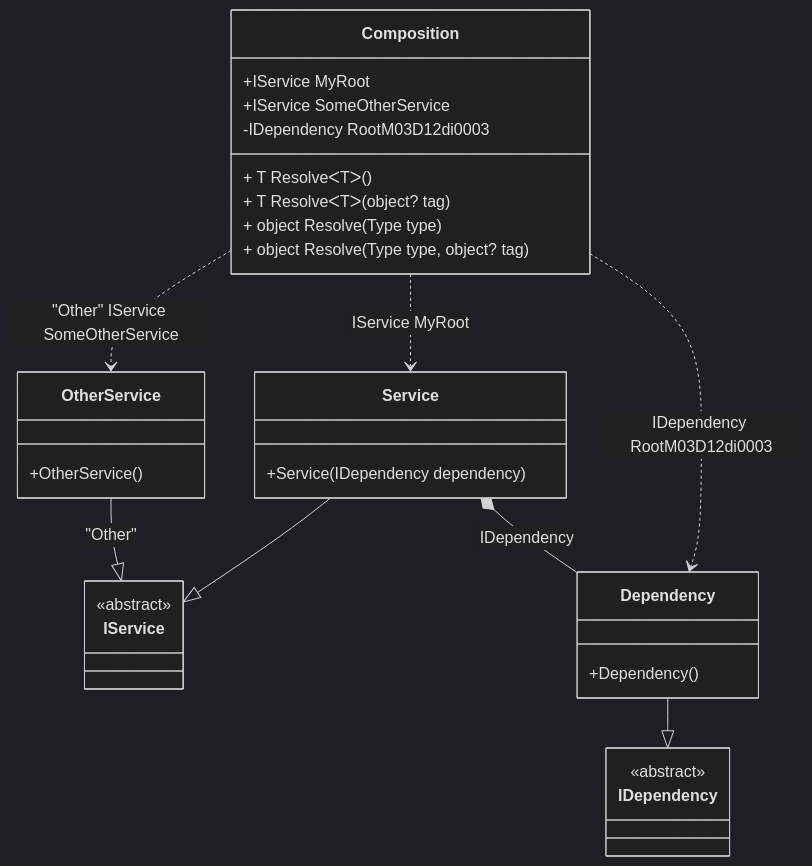
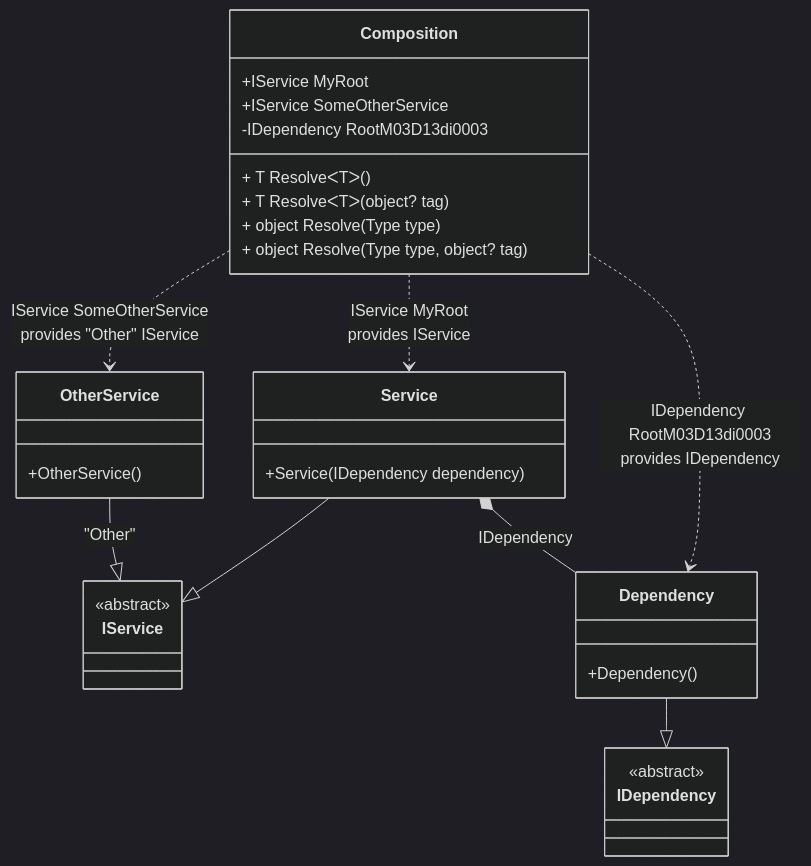
Before and after one commit to DevTeam/Pure.DI: the diagram in readme/composition-roots.md, drawn with Mermaid (dark theme). The commit also changed other lines of this file and 73 other files, not shown here.

````diff
--- a/readme/composition-roots.md
+++ b/readme/composition-roots.md
@@ -69,34 +69,34 @@
 ```mermaid
 classDiagram
   class Composition {
     +IService MyRoot
     +IService SomeOtherService
-    -IDependency RootM03D12di0003
+    -IDependency RootM03D13di0003
     + T ResolveᐸTᐳ()
     + T ResolveᐸTᐳ(object? tag)
     + object Resolve(Type type)
     + object Resolve(Type type, object? tag)
   }
   Service --|> IService : 
   class Service {
     +Service(IDependency dependency)
   }
   OtherService --|> IService : "Other" 
   class OtherService {
     +OtherService()
   }
   Dependency --|> IDependency : 
   class Dependency {
     +Dependency()
   }
   class IService {
     <<abstract>>
   }
   class IDependency {
     <<abstract>>
   }
   Service *--  Dependency : IDependency
-  Composition ..> OtherService : "Other" IService SomeOtherService
-  Composition ..> Service : IService MyRoot
-  Composition ..> Dependency : IDependency RootM03D12di0003
+  Composition ..> OtherService : IService SomeOtherService<br/>provides "Other" IService
+  Composition ..> Service : IService MyRoot<br/>provides IService
+  Composition ..> Dependency : IDependency RootM03D13di0003<br/>provides IDependency
 ```
````
